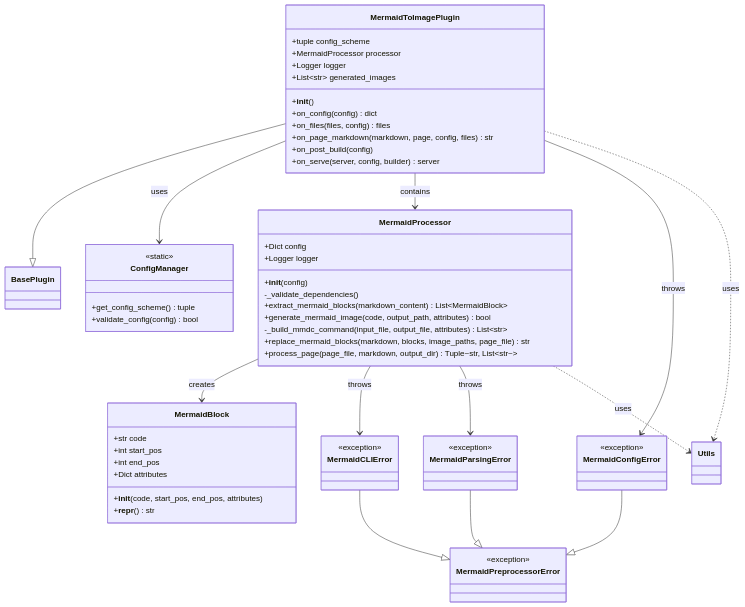
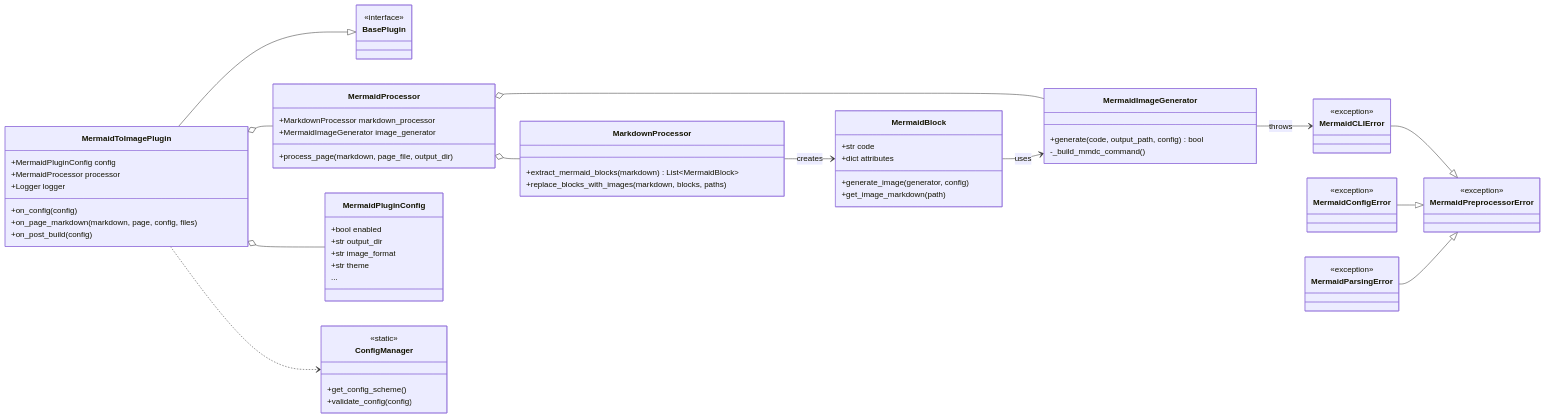
The second of 6 diagrams in docs/architecture.md (nuitsjp/mkdocs-mermaid-to-svg), drawn with Mermaid before and after one commit. The commit also changed other lines of this file, not shown here.

Commit message:
docs: architecture.mdを最新のソースコードに合わせて更新

````diff
--- a/docs/architecture.md
+++ b/docs/architecture.md
@@ -71,79 +77,73 @@
 ```mermaid
 classDiagram
+    direction LR
+
+    class BasePlugin {
+        <<interface>>
+    }
+
     class MermaidToImagePlugin {
-        +tuple config_scheme
+        +MermaidPluginConfig config
         +MermaidProcessor processor
         +Logger logger
-        +List~str~ generated_images
+        +on_config(config)
+        +on_page_markdown(markdown, page, config, files)
+        +on_post_build(config)
+    }
+    MermaidToImagePlugin --|> BasePlugin
 
-        +__init__()
-        +on_config(config) dict
-        +on_files(files, config) files
-        +on_page_markdown(markdown, page, config, files) str
-        +on_post_build(config)
-        +on_serve(server, config, builder) server
+    class MermaidProcessor {
+        +MarkdownProcessor markdown_processor
+        +MermaidImageGenerator image_generator
+        +process_page(markdown, page_file, output_dir)
+    }
+
+    class MarkdownProcessor {
+        +extract_mermaid_blocks(markdown) List~MermaidBlock~
+        +replace_blocks_with_images(markdown, blocks, paths)
+    }
+
+    class MermaidImageGenerator {
+        +generate(code, output_path, config) bool
+        -_build_mmdc_command()
+    }
+
+    class MermaidBlock {
+        +str code
+        +dict attributes
+        +generate_image(generator, config)
+        +get_image_markdown(path)
+    }
+
+    class MermaidPluginConfig {
+        +bool enabled
+        +str output_dir
+        +str image_format
+        +str theme
+        ...
     }
 
     class ConfigManager {
         <<static>>
-        +get_config_scheme() tuple
-        +validate_config(config) bool
+        +get_config_scheme()
+        +validate_config(config)
     }
 
-    class MermaidProcessor {
-        +Dict config
-        +Logger logger
+    class MermaidPreprocessorError {<<exception>>}
+    class MermaidCLIError {<<exception>>}
+    class MermaidConfigError {<<exception>>}
+    class MermaidParsingError {<<exception>>}
 
-        +__init__(config)
-        -_validate_dependencies()
-        +extract_mermaid_blocks(markdown_content) List~MermaidBlock~
-        +generate_mermaid_image(code, output_path, attributes) bool
-        -_build_mmdc_command(input_file, output_file, attributes) List~str~
-        +replace_mermaid_blocks(markdown, blocks, image_paths, page_file) str
-        +process_page(page_file, markdown, output_dir) Tuple~str, List~str~~
-    }
-
-    class MermaidBlock {
-        +str code
-        +int start_pos
-        +int end_pos
-        +Dict attributes
-
-        +__init__(code, start_pos, end_pos, attributes)
-        +__repr__() str
-    }
-
-    class MermaidPreprocessorError {
-        <<exception>>
-    }
-
-    class MermaidCLIError {
-        <<exception>>
-    }
-
-    class MermaidConfigError {
-        <<exception>>
-    }
-
-    class MermaidParsingError {
-        <<exception>>
-    }
-
-    %% 継承関係
-    MermaidToImagePlugin --|> BasePlugin
     MermaidCLIError --|> MermaidPreprocessorError
     MermaidConfigError --|> MermaidPreprocessorError
     MermaidParsingError --|> MermaidPreprocessorError
 
-    %% 依存関係
-    MermaidToImagePlugin --> ConfigManager : uses
-    MermaidToImagePlugin --> MermaidProcessor : contains
-    MermaidToImagePlugin --> MermaidConfigError : throws
-    MermaidProcessor --> MermaidBlock : creates
-    MermaidProcessor --> MermaidCLIError : throws
-    MermaidProcessor --> MermaidParsingError : throws
-
-    %% ユーティリティ依存（簡潔にするため省略）
-    MermaidProcessor ..> Utils : uses
-    MermaidToImagePlugin ..> Utils : uses
+    MermaidToImagePlugin o-- MermaidProcessor
+    MermaidToImagePlugin o-- MermaidPluginConfig
+    MermaidToImagePlugin ..> ConfigManager
+    MermaidProcessor o-- MarkdownProcessor
+    MermaidProcessor o-- MermaidImageGenerator
+    MarkdownProcessor --> MermaidBlock : creates
+    MermaidBlock --> MermaidImageGenerator : uses
+    MermaidImageGenerator --> MermaidCLIError : throws
 ```
````
